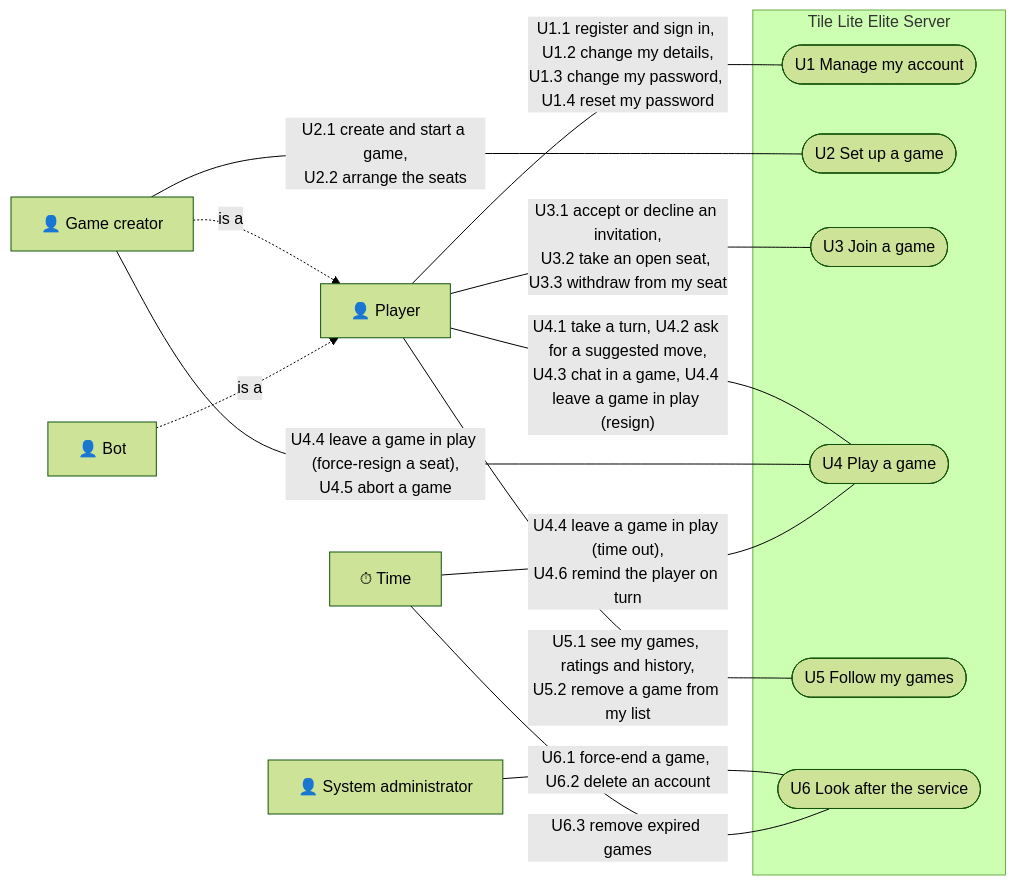
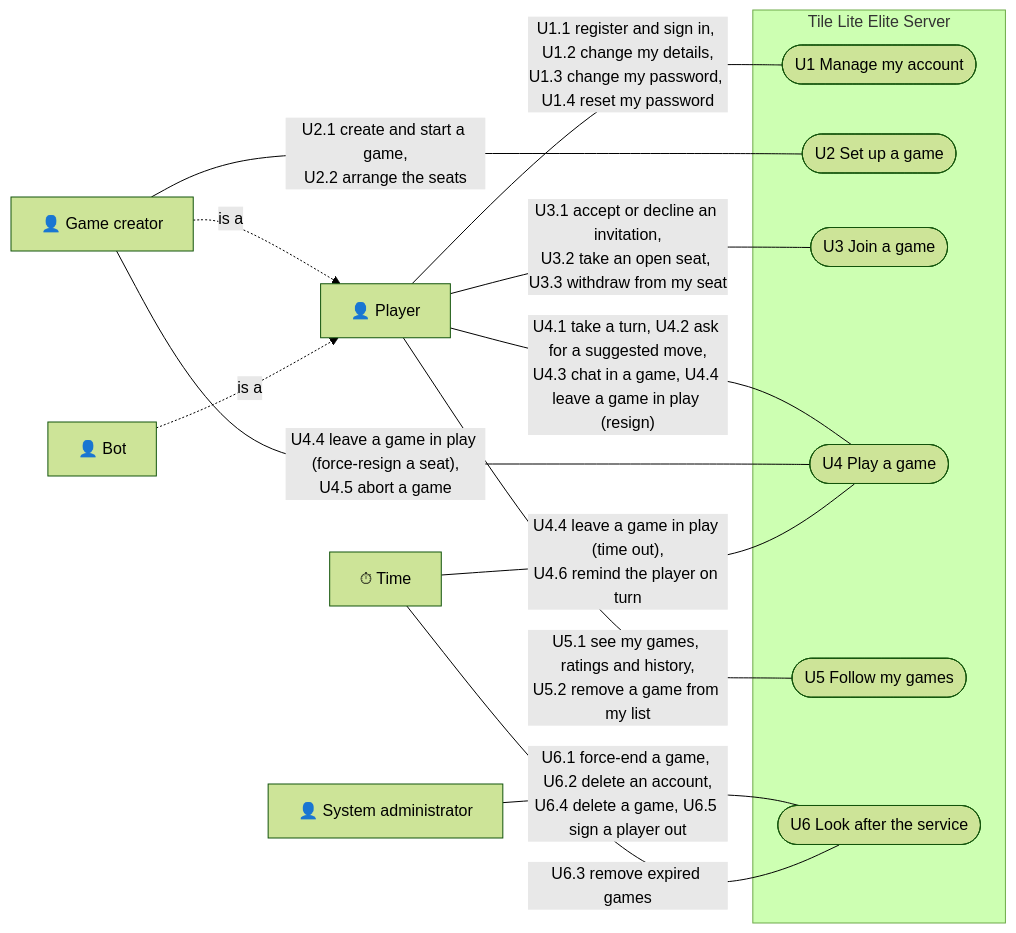
The first of 31 diagrams in docs/changes/workstreams/application-game-architecture/71-one-game-model/71-functional.md (delphside/tile-lite-elite), drawn with Mermaid (forest theme) before and after one commit. The commit also changed other lines of this file and 1 other file, not shown here.

First line of the commit message:
app 0.9.2 api 2.16: ADM-2 and DEL-11, the admin CLI tidies old data

````diff
--- a/docs/changes/workstreams/application-game-architecture/71-one-game-model/71-functional.md
+++ b/docs/changes/workstreams/application-game-architecture/71-one-game-model/71-functional.md
@@ -26,30 +26,30 @@
 ```mermaid
 flowchart LR
   player["👤 Player"]
   creator["👤 Game creator"]
   bot["👤 Bot"]
   admin["👤 System administrator"]
   time["⏱ Time"]
 
   creator -. "is a" .-> player
   bot -. "is a" .-> player
 
   subgraph service["Tile Lite Elite Server"]
     account(["U1 Manage my account"])
     setup(["U2 Set up a game"])
     join(["U3 Join a game"])
     play(["U4 Play a game"])
     follow(["U5 Follow my games"])
     administer(["U6 Look after the service"])
   end
 
   player -- "U1.1 register and sign in, U1.2 change my details,<br/>U1.3 change my password, U1.4 reset my password" --- account
   creator -- "U2.1 create and start a game,<br/>U2.2 arrange the seats" --- setup
   player -- "U3.1 accept or decline an invitation,<br/>U3.2 take an open seat, U3.3 withdraw from my seat" --- join
   player -- "U4.1 take a turn, U4.2 ask for a suggested move,<br/>U4.3 chat in a game, U4.4 leave a game in play (resign)" --- play
   creator -- "U4.4 leave a game in play (force-resign a seat),<br/>U4.5 abort a game" --- play
   time -- "U4.4 leave a game in play (time out),<br/>U4.6 remind the player on turn" --- play
   player -- "U5.1 see my games, ratings and history,<br/>U5.2 remove a game from my list" --- follow
-  admin -- "U6.1 force-end a game, U6.2 delete an account" --- administer
+  admin -- "U6.1 force-end a game, U6.2 delete an account,<br/>U6.4 delete a game, U6.5 sign a player out" --- administer
   time -- "U6.3 remove expired games" --- administer
 ```
````
